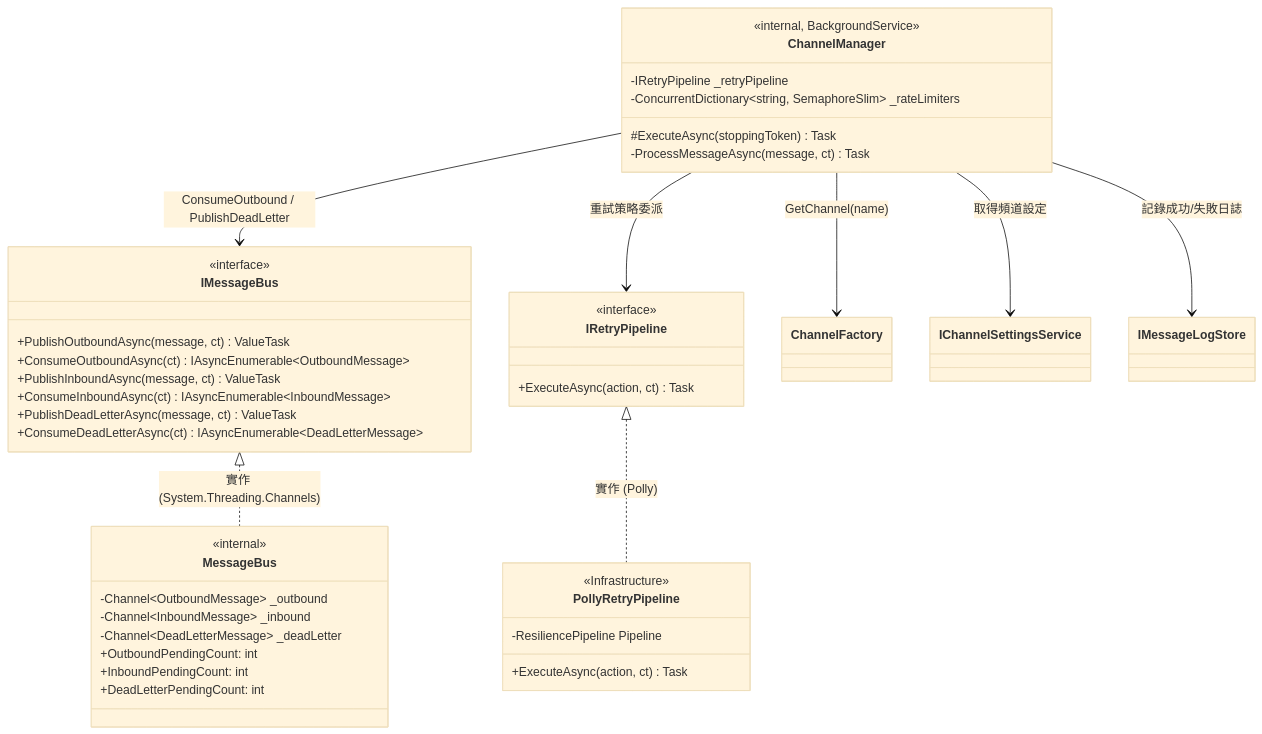
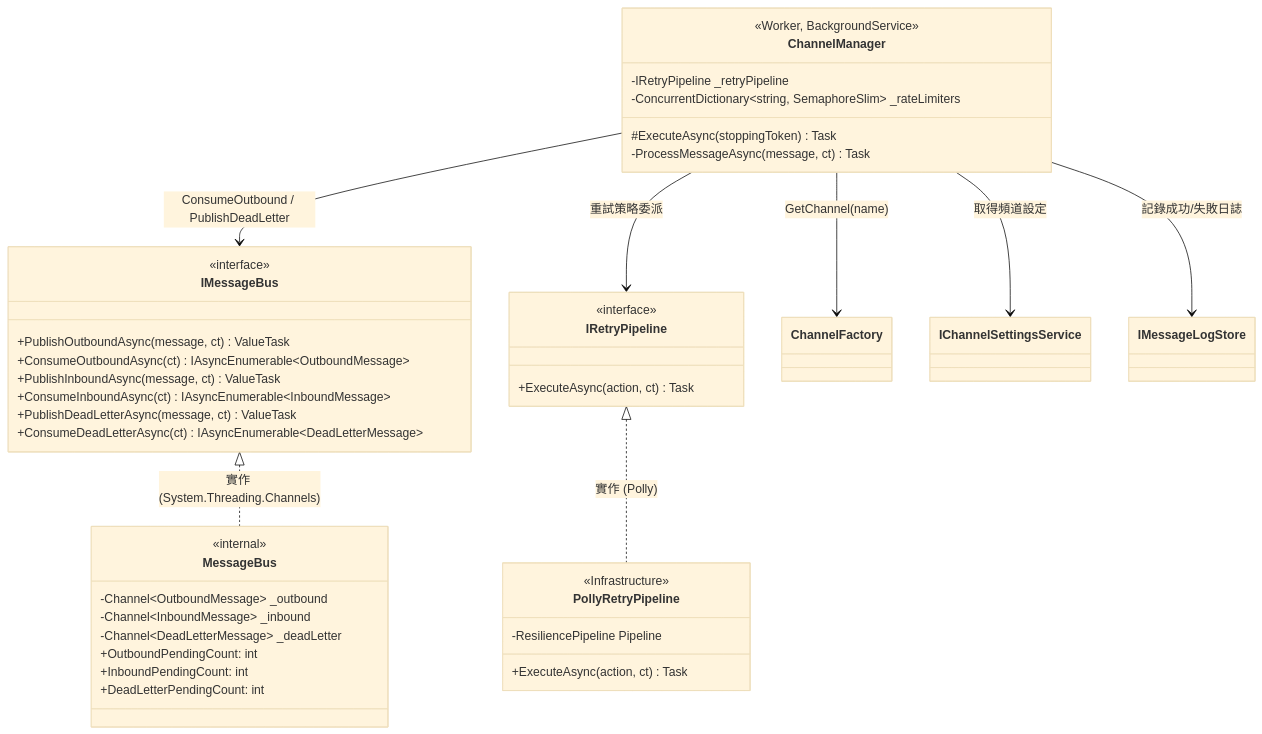
The third of 8 diagrams in docs/ARCHITECTURE_OVERVIEW.md (bruceagentadmin/MessageHub), drawn with Mermaid (base theme) before and after one commit. The commit also changed other lines of this file and 25 other files, not shown here.

````diff
--- a/docs/ARCHITECTURE_OVERVIEW.md
+++ b/docs/ARCHITECTURE_OVERVIEW.md
@@ -140,52 +142,52 @@
 ```mermaid
 classDiagram
     direction TB
 
     class IMessageBus {
         <<interface>>
         +PublishOutboundAsync(message, ct) ValueTask
         +ConsumeOutboundAsync(ct) IAsyncEnumerable~OutboundMessage~
         +PublishInboundAsync(message, ct) ValueTask
         +ConsumeInboundAsync(ct) IAsyncEnumerable~InboundMessage~
         +PublishDeadLetterAsync(message, ct) ValueTask
         +ConsumeDeadLetterAsync(ct) IAsyncEnumerable~DeadLetterMessage~
     }
 
     class MessageBus {
         <<internal>>
         -Channel~OutboundMessage~ _outbound
         -Channel~InboundMessage~ _inbound
         -Channel~DeadLetterMessage~ _deadLetter
         +OutboundPendingCount: int
         +InboundPendingCount: int
         +DeadLetterPendingCount: int
     }
 
     class IRetryPipeline {
         <<interface>>
         +ExecuteAsync(action, ct) Task
     }
 
     class PollyRetryPipeline {
         <<Infrastructure>>
         -ResiliencePipeline Pipeline
         +ExecuteAsync(action, ct) Task
     }
 
     class ChannelManager {
-        <<internal, BackgroundService>>
+        <<Worker, BackgroundService>>
         -IRetryPipeline _retryPipeline
         -ConcurrentDictionary~string, SemaphoreSlim~ _rateLimiters
         #ExecuteAsync(stoppingToken) Task
         -ProcessMessageAsync(message, ct) Task
     }
 
     IMessageBus <|.. MessageBus : 實作 (System.Threading.Channels)
     IRetryPipeline <|.. PollyRetryPipeline : 實作 (Polly)
 
     ChannelManager --> IMessageBus : ConsumeOutbound / PublishDeadLetter
     ChannelManager --> IRetryPipeline : 重試策略委派
     ChannelManager --> ChannelFactory : GetChannel(name)
     ChannelManager --> IChannelSettingsService : 取得頻道設定
     ChannelManager --> IMessageLogStore : 記錄成功/失敗日誌
 ```
````
